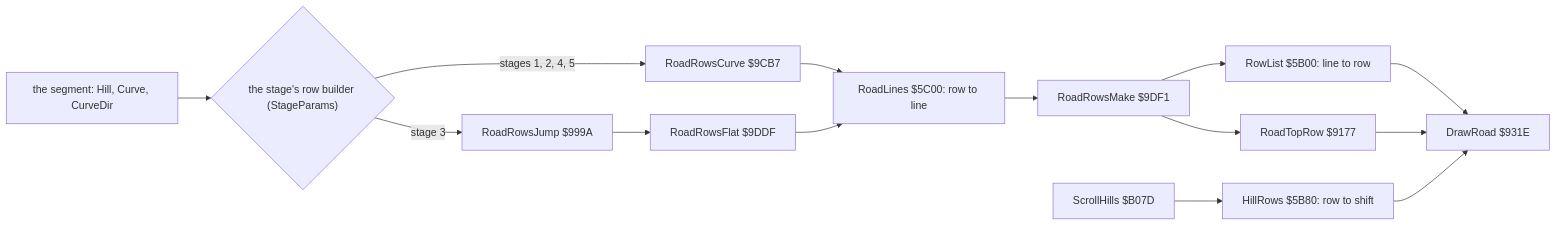
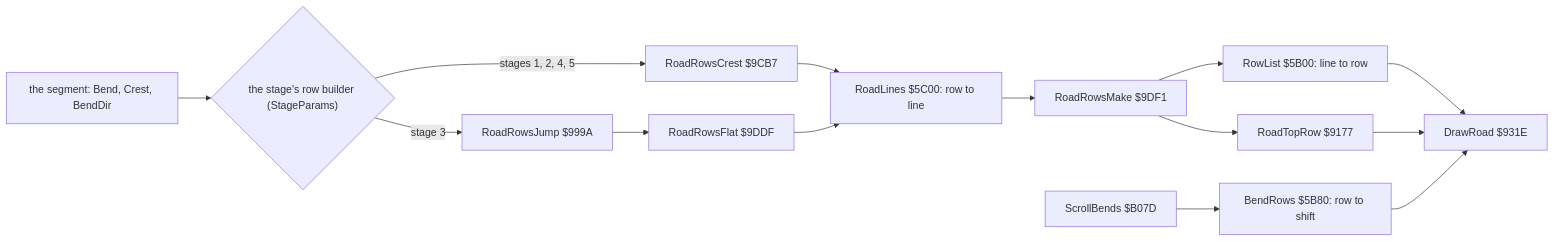
Before and after one commit to alfishe/unrealng-reverse-cases: the second of 5 diagrams in games/enduro-racer/docs/06-rendering.md, drawn with Mermaid. The commit also changed other lines of this file and 79 other files, not shown here.

Commit message:
enduro-racer: integrated (writers' source changes, Bend/Crest, game-counted distances, docs 11/12, truck/fall5/names and technique recordings)

````diff
--- a/games/enduro-racer/docs/06-rendering.md
+++ b/games/enduro-racer/docs/06-rendering.md
@@ -225,16 +224,16 @@
 ```mermaid
 flowchart LR
-    SEG["the segment: Hill, Curve, CurveDir"] --> B{"the stage's row builder (StageParams)"}
-    B -->|"stages 1, 2, 4, 5"| RC["RoadRowsCurve $9CB7"]
+    SEG["the segment: Bend, Crest, BendDir"] --> B{"the stage's row builder (StageParams)"}
+    B -->|"stages 1, 2, 4, 5"| RC["RoadRowsCrest $9CB7"]
     B -->|"stage 3"| RJ["RoadRowsJump $999A"]
     RC --> RL["RoadLines $5C00: row to line"]
     RJ --> RF["RoadRowsFlat $9DDF"]
     RF --> RL
     RL --> RM["RoadRowsMake $9DF1"]
     RM --> LST["RowList $5B00: line to row"]
     RM --> TOP["RoadTopRow $9177"]
-    SH["ScrollHills $B07D"] --> HR["HillRows $5B80: row to shift"]
+    SH["ScrollBends $B07D"] --> HR["BendRows $5B80: row to shift"]
     LST --> DR["DrawRoad $931E"]
     HR --> DR
     TOP --> DR
 ```
````
